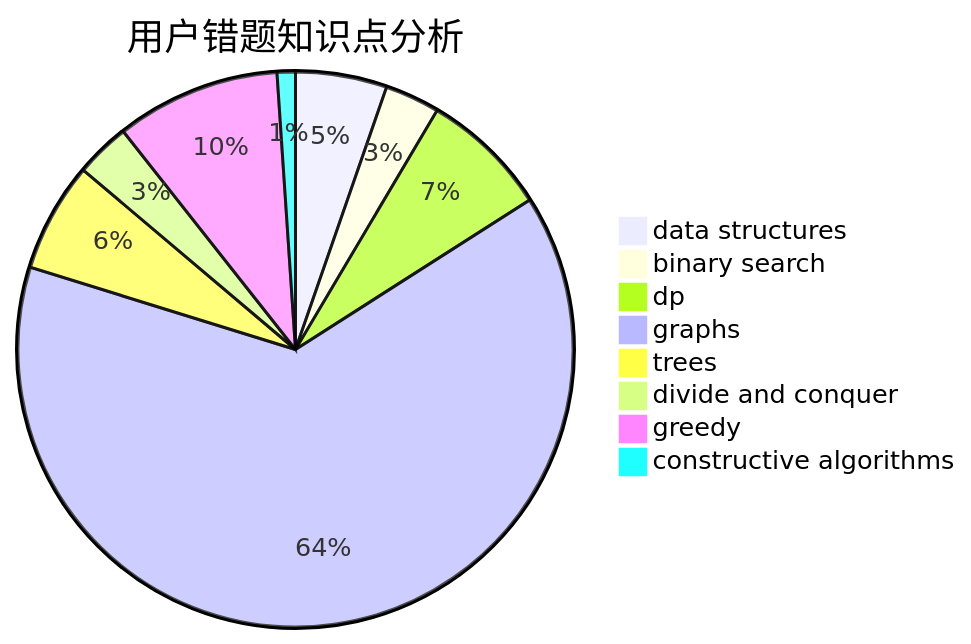
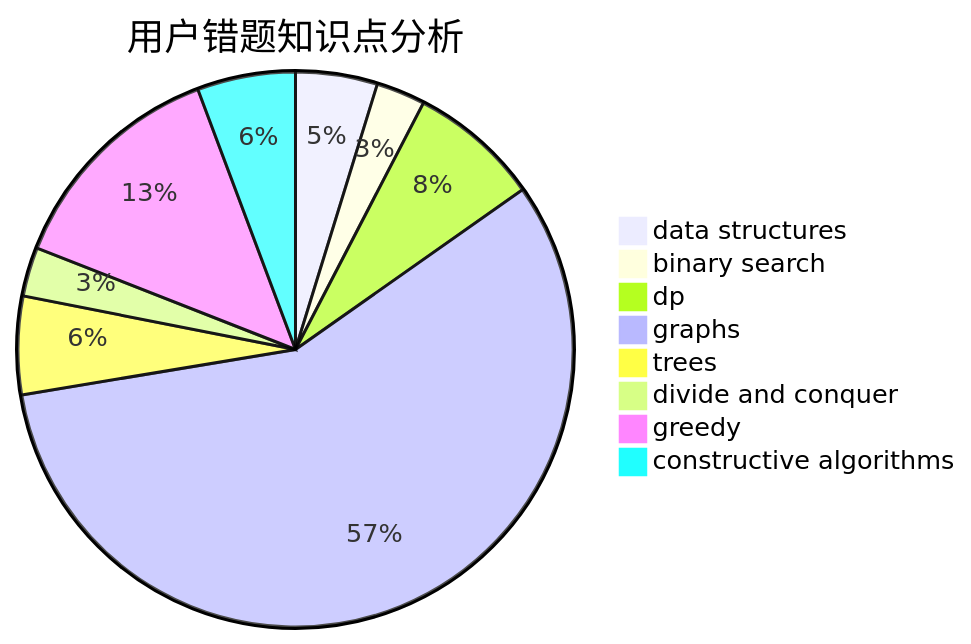
Before and after one commit to sherpahu/cfrs.github.io: the third of 3 diagrams in docs/user/u1589.md, drawn with Mermaid. The commit also changed other lines of this file and 2770 other files, not shown here.

````diff
--- a/docs/user/u1589.md
+++ b/docs/user/u1589.md
@@ -36,11 +36,11 @@
 ```mermaid
 pie title 用户错题知识点分析
     "data structures" :  5
     "binary search" :  3
-    "dp" :  7
+    "dp" :  8
     "graphs" :  60
     "trees" :  6
     "divide and conquer" :  3
-    "greedy" :  9
-    "constructive algorithms" :  1
+    "greedy" :  14
+    "constructive algorithms" :  6
 ```
````
